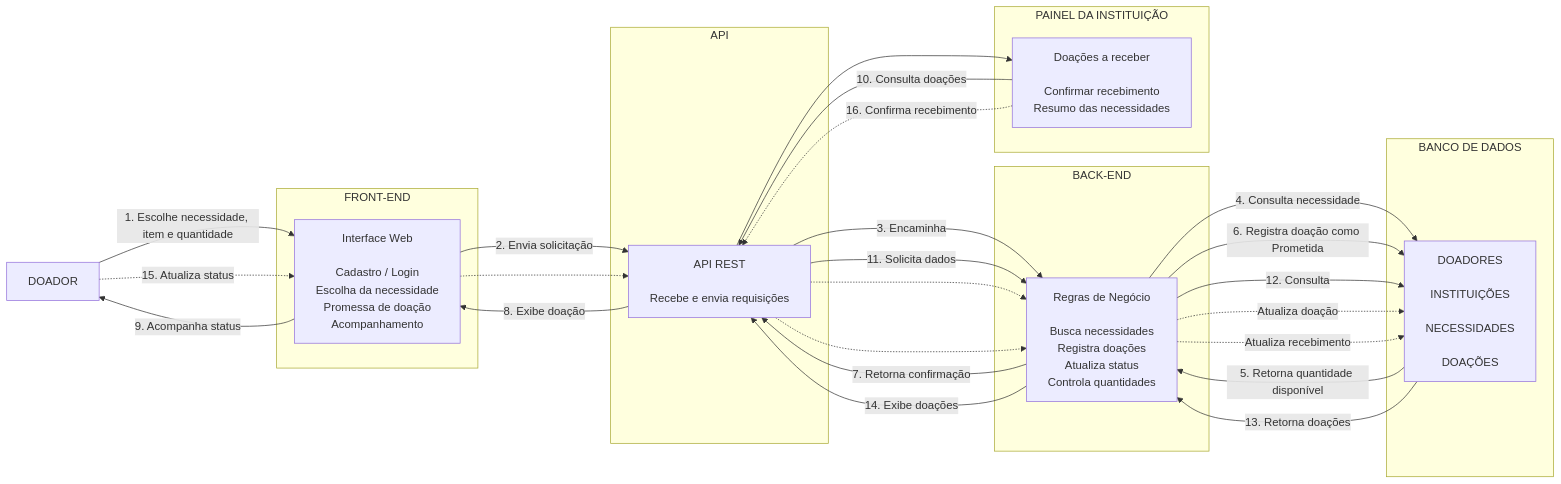
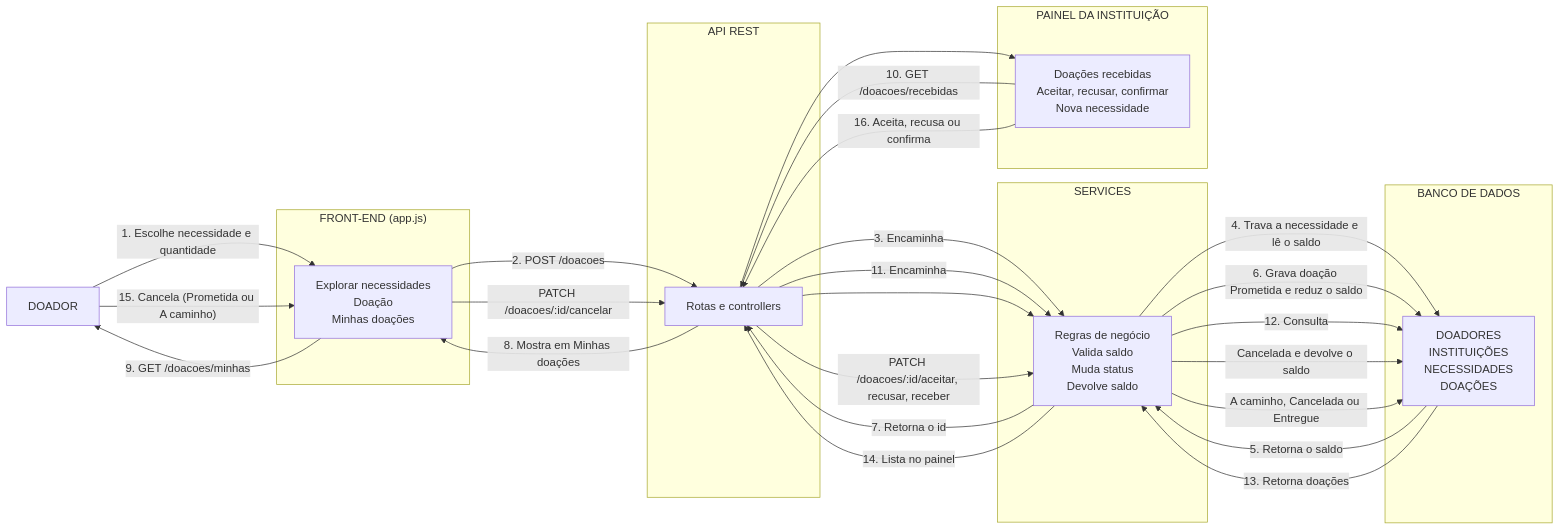
One commit to gigi-zacaroni/tp-eng-software changed the first of 2 diagrams in docs/modelagem/modelagem.md. Above: the diagram before and after it, drawn with Mermaid. The commit also changed other lines of this file and 4 other files, not shown here.

````diff
--- a/docs/modelagem/modelagem.md
+++ b/docs/modelagem/modelagem.md
@@ -18,56 +18,55 @@
 ```mermaid
 ---
 config:
   theme: default
 ---
 flowchart LR
 
     D["DOADOR"]
 
-    subgraph FRONT["FRONT-END"]
-        FE["Interface Web<br/><br/>Cadastro / Login<br/>Escolha da necessidade<br/>Promessa de doação<br/>Acompanhamento"]
+    subgraph FRONT["FRONT-END (app.js)"]
+        FE["Explorar necessidades<br/>Doação<br/>Minhas doações"]
     end
 
-    subgraph API["API"]
-        AP["API REST<br/><br/>Recebe e envia requisições"]
+    subgraph API["API REST"]
+        AP["Rotas e controllers"]
     end
 
-    subgraph BACK["BACK-END"]
-        BE["Regras de Negócio<br/><br/>Busca necessidades<br/>Registra doações<br/>Atualiza status<br/>Controla quantidades"]
+    subgraph BACK["SERVICES"]
+        BE["Regras de negócio<br/>Valida saldo<br/>Muda status<br/>Devolve saldo"]
     end
 
     subgraph BD["BANCO DE DADOS"]
-        B["DOADORES<br/><br/>INSTITUIÇÕES<br/><br/>NECESSIDADES<br/><br/>DOAÇÕES"]
+        B["DOADORES<br/>INSTITUIÇÕES<br/>NECESSIDADES<br/>DOAÇÕES"]
     end
 
     subgraph INST["PAINEL DA INSTITUIÇÃO"]
-        I["Doações a receber<br/><br/>Confirmar recebimento<br/>Resumo das necessidades"]
+        I["Doações recebidas<br/>Aceitar, recusar, confirmar<br/>Nova necessidade"]
     end
 
-    D -->|"1. Escolhe necessidade, item e quantidade"| FE
-    FE -->|"2. Envia solicitação"| AP
+    D -->|"1. Escolhe necessidade e quantidade"| FE
+    FE -->|"2. POST /doacoes"| AP
     AP -->|"3. Encaminha"| BE
-    BE -->|"4. Consulta necessidade"| B
-    B -->|"5. Retorna quantidade disponível"| BE
+    BE -->|"4. Trava a necessidade e lê o saldo"| B
+    B -->|"5. Retorna o saldo"| BE
+    BE -->|"6. Grava doação Prometida e reduz o saldo"| B
+    BE -->|"7. Retorna o id"| AP
+    AP -->|"8. Mostra em Minhas doações"| FE
+    FE -->|"9. GET /doacoes/minhas"| D
 
-    BE -->|"6. Registra doação como Prometida"| B
-    BE -->|"7. Retorna confirmação"| AP
-    AP -->|"8. Exibe doação"| FE
-    FE -->|"9. Acompanha status"| D
-
-    I -->|"10. Consulta doações"| AP
-    AP -->|"11. Solicita dados"| BE
+    I -->|"10. GET /doacoes/recebidas"| AP
+    AP -->|"11. Encaminha"| BE
     BE -->|"12. Consulta"| B
     B -->|"13. Retorna doações"| BE
-    BE -->|"14. Exibe doações"| AP
+    BE -->|"14. Lista no painel"| AP
     AP --> I
 
-    D -.->|"15. Atualiza status"| FE
-    FE -.-> AP
-    AP -.-> BE
-    BE -.->|"Atualiza doação"| B
+    D -->|"15. Cancela (Prometida ou A caminho)"| FE
+    FE -->|"PATCH /doacoes/:id/cancelar"| AP
+    AP --> BE
+    BE -->|"Cancelada e devolve o saldo"| B
 
-    I -.->|"16. Confirma recebimento"| AP
-    AP -.-> BE
-    BE -.->|"Atualiza recebimento"| B
+    I -->|"16. Aceita, recusa ou confirma"| AP
+    AP -->|"PATCH /doacoes/:id/aceitar, recusar, receber"| BE
+    BE -->|"A caminho, Cancelada ou Entregue"| B
 ```
````
